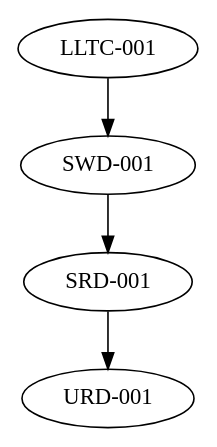
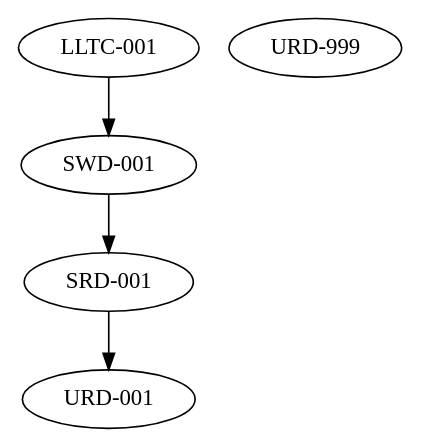
One commit to Zahhask45/Team04_DrivaPi changed the diagram in .dotstop.dot. Above: the diagram before and after it, drawn with Graphviz.

Commit message:
TESTE: Adiciona URD-999 para aprovação

```diff
--- a/.dotstop.dot
+++ b/.dotstop.dot
@@ -1,12 +1,13 @@
 # This file is automatically generated by dotstop and should not be edited manually.
 # Generated using trustable 2025.9.16.
 
 digraph G {
 "URD-001" [sha="6067943462e34177f078336c16392b1b4cd7cf2b0095de40c9989ff2dab76a72"];
 "LLTC-001" [sha="1ba765875bb0c0e1e38d6d050522fdd615349aa34726a10115800a0e9059fb2d"];
 "SRD-001" [sha="b38e5bdb06ab55aeca5fc680ad13b55c7fb50e37b6873c6ccb21edfb8caf4833"];
 "SWD-001" [sha="17b6fdf08d20eaa7968be70830349d0345de16b70efc5311608a80657e0ef942"];
+"URD-999" [sha="217d230e492924a918f82bf91a0c540096456f3632f229c88070bceac637fca1"];
 "LLTC-001" -> "SWD-001" [sha="f418ca6427930dd1e31eda945d8a226909913456b25eed0ca9d85bdee29cecf4"];
 "SRD-001" -> "URD-001" [sha="dac5b04aee48944ab632fb0cc0cdf6d60c89b61122add62cfad02aeda2c77ff7"];
 "SWD-001" -> "SRD-001" [sha="05471e3ef4a89ac18b41d9338ff18c47a353bb947d0864a511af0e550ea28358"];
 }
```
